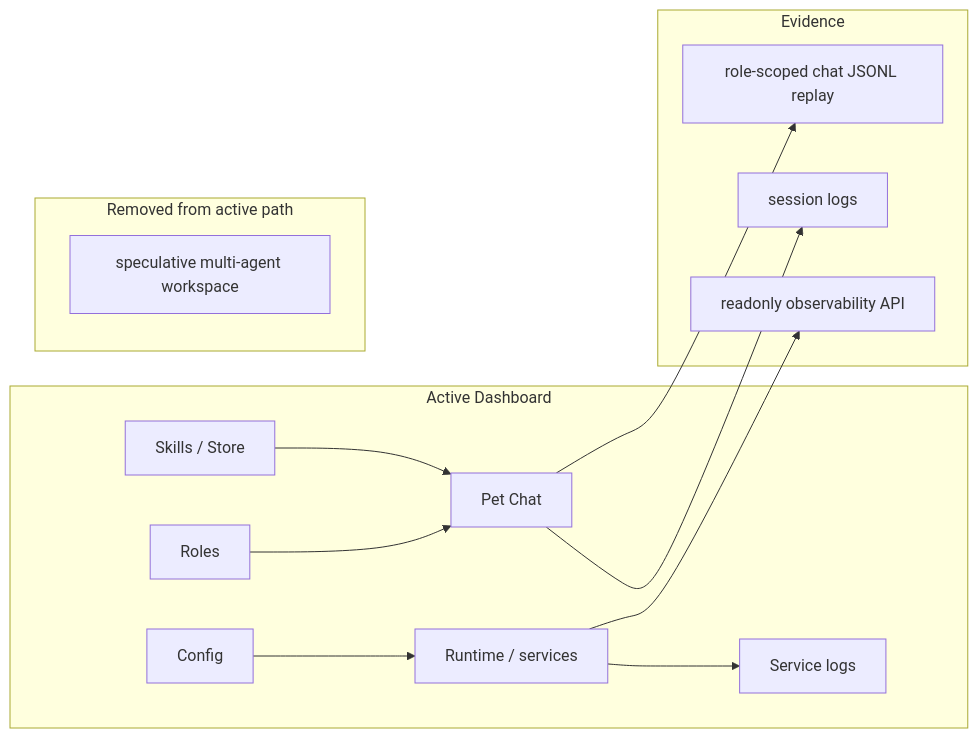
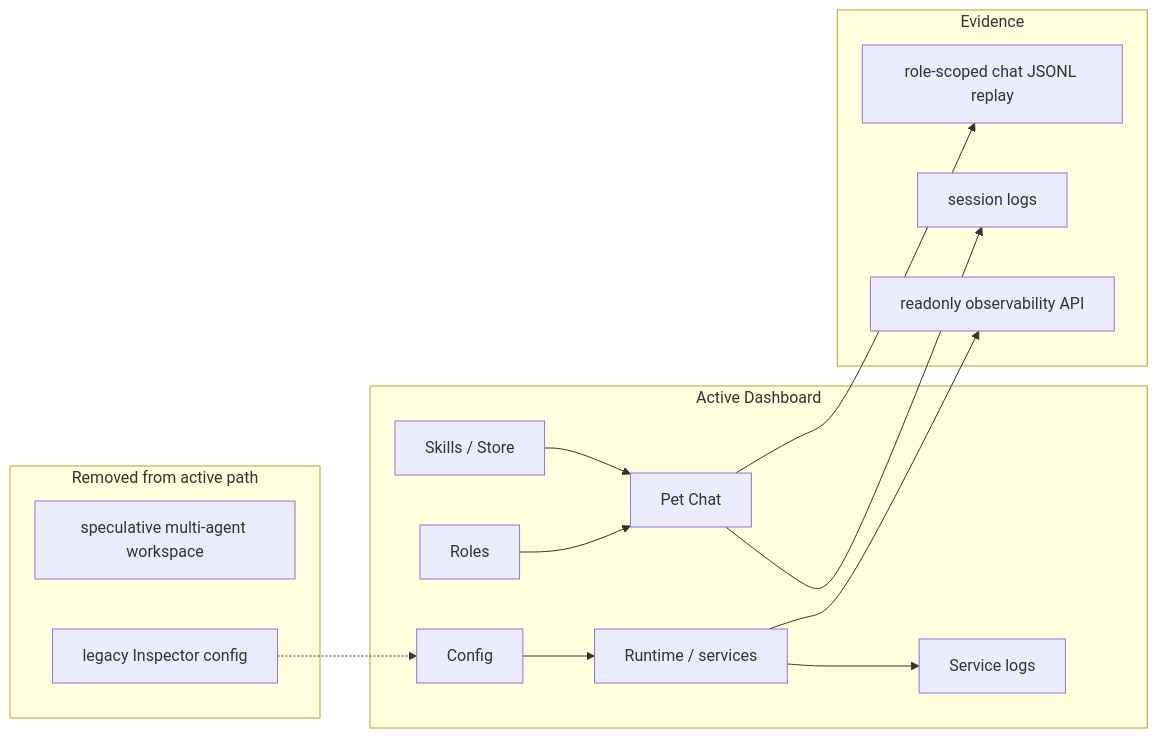
One commit to fightheyyy/XiaoBa-CLI changed the diagram in dashboard/PLAN.md. Above: the diagram before and after it, drawn with Mermaid. The commit also changed other lines of this file and 10 other files, not shown here.

Commit message:
Clean up dashboard skill and inspector config

````diff
--- a/dashboard/PLAN.md
+++ b/dashboard/PLAN.md
@@ -17,29 +19,31 @@
 ```mermaid
 flowchart LR
     subgraph Active["Active Dashboard"]
         Runtime["Runtime / services"]
         Chat["Pet Chat"]
         Config["Config"]
         Roles["Roles"]
         Skills["Skills / Store"]
         Logs["Service logs"]
     end
 
     subgraph Evidence["Evidence"]
         ChatHistory["role-scoped chat JSONL replay"]
         SessionLogs["session logs"]
         ObsRead["readonly observability API"]
     end
 
     subgraph Removed["Removed from active path"]
         MultiAgent["speculative multi-agent workspace"]
+        InspectorConfig["legacy Inspector config"]
     end
 
     Runtime --> Logs
     Chat --> ChatHistory
     Chat --> SessionLogs
     Runtime --> ObsRead
     Config --> Runtime
     Roles --> Chat
     Skills --> Chat
+    InspectorConfig -.-> Config
 ```
````
